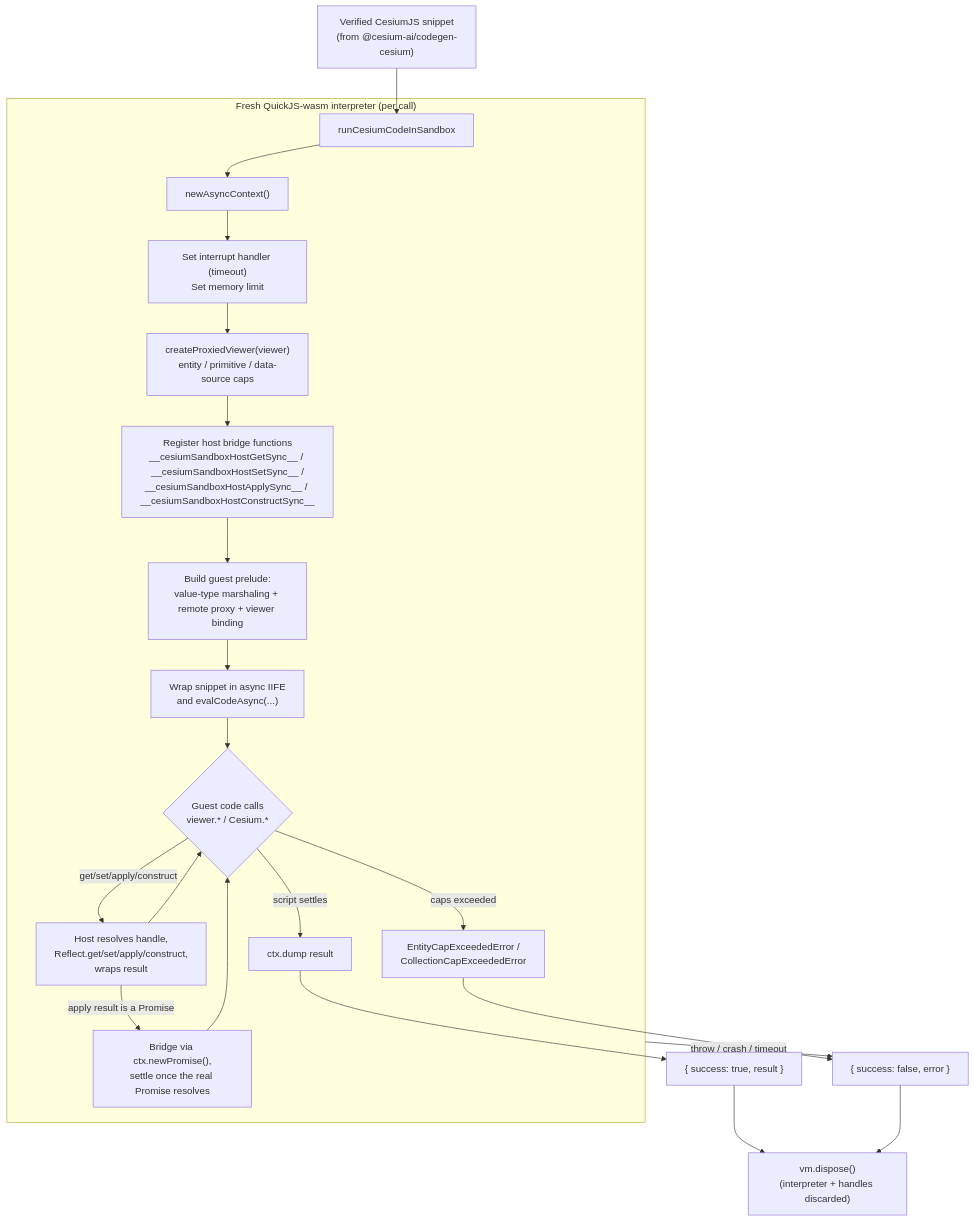
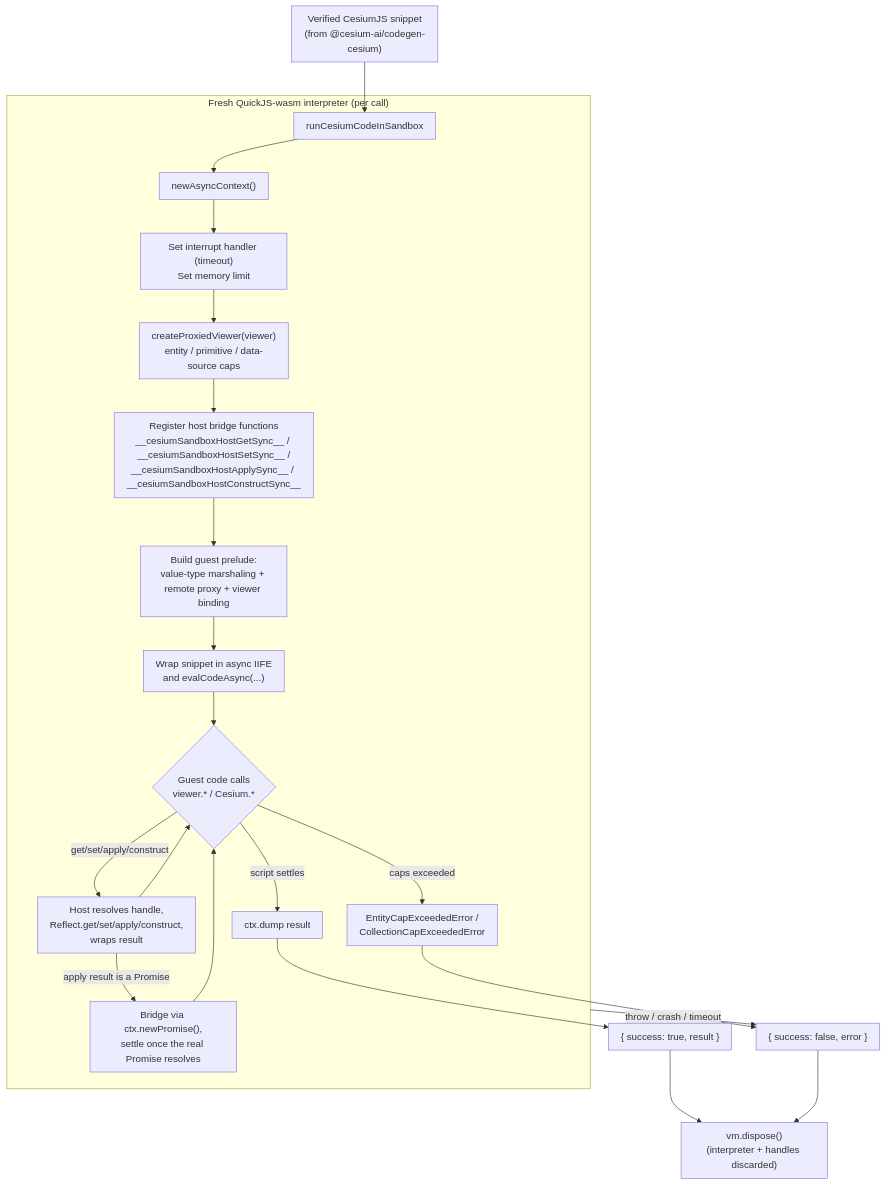
One commit to CesiumGS/cesiumjs-ai-starter-app changed the diagram in packages/codegen-sandbox/README.md. Above: the diagram before and after it, drawn with Mermaid. The commit also changed other lines of this file and 69 other files, not shown here.

````diff
--- a/packages/codegen-sandbox/README.md
+++ b/packages/codegen-sandbox/README.md
@@ -34,26 +34,27 @@
 ```mermaid
+%%{init: {"themeVariables": {"fontSize": "16px"}, "flowchart": {"nodeSpacing": 40, "rankSpacing": 55, "padding": 10}}}%%
 flowchart TD
     A["Verified CesiumJS snippet\n(from @cesium-ai/codegen-cesium)"] --> C["runCesiumCodeInSandbox"]
 
     subgraph Sandbox["Fresh QuickJS-wasm interpreter (per call)"]
         C --> D["newAsyncContext()"]
         D --> E["Set interrupt handler (timeout)\nSet memory limit"]
         E --> F["createProxiedViewer(viewer)\nentity / primitive / data-source caps"]
         F --> G["Register host bridge functions\n__cesiumSandboxHostGetSync__ / __cesiumSandboxHostSetSync__ /\n__cesiumSandboxHostApplySync__ / __cesiumSandboxHostConstructSync__"]
         G --> H["Build guest prelude:\nvalue-type marshaling + remote proxy + viewer binding"]
         H --> I["Wrap snippet in async IIFE\nand evalCodeAsync(...)"]
         I --> J{"Guest code calls\nviewer.* / Cesium.*"}
         J -->|get/set/apply/construct| K["Host resolves handle,\nReflect.get/set/apply/construct,\nwraps result"]
         K -->|apply result is a Promise| L["Bridge via ctx.newPromise(),\nsettle once the real Promise resolves"]
         K --> J
         L --> J
         J -->|caps exceeded| M["EntityCapExceededError /\nCollectionCapExceededError"]
         J -->|script settles| N["ctx.dump result"]
     end
 
     N --> O["{ success: true, result }"]
     M --> P["{ success: false, error }"]
     Sandbox -->|throw / crash / timeout| P
     O --> Q["vm.dispose()\n(interpreter + handles discarded)"]
     P --> Q
 ```
````
